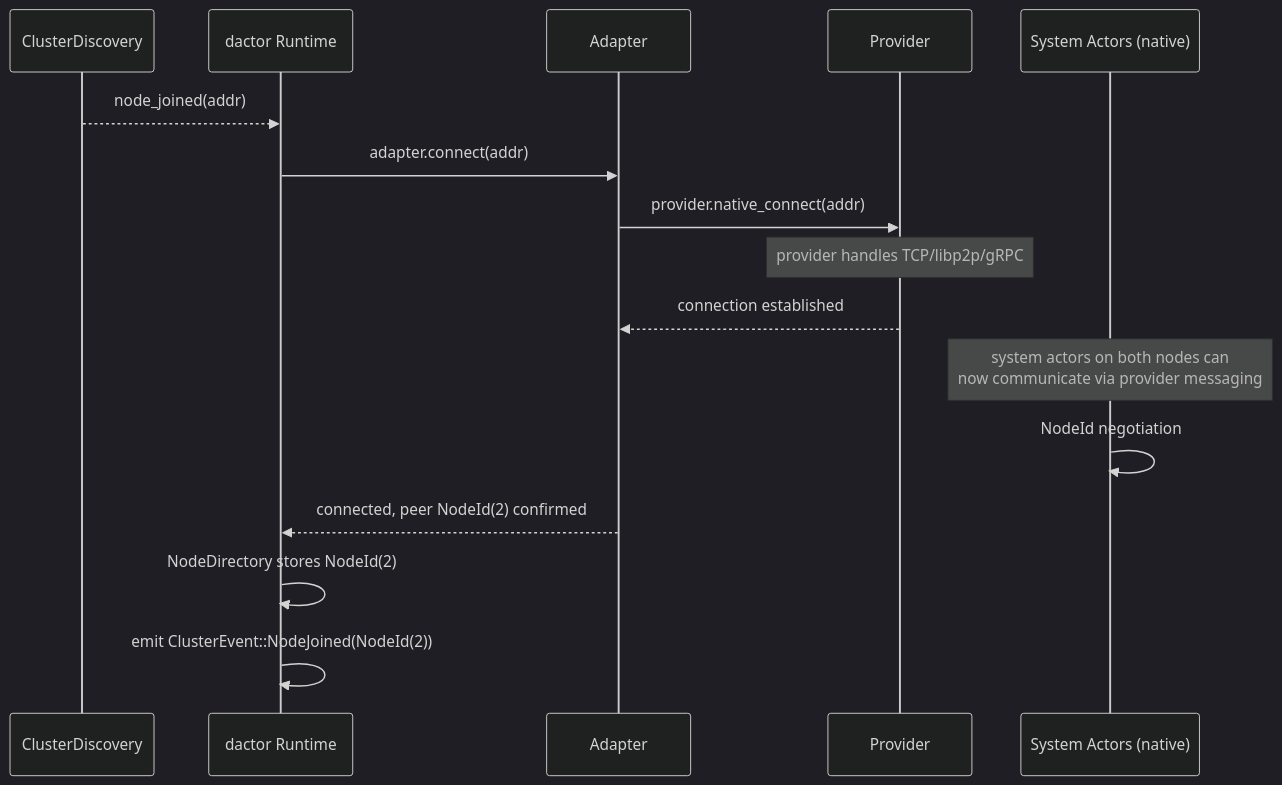
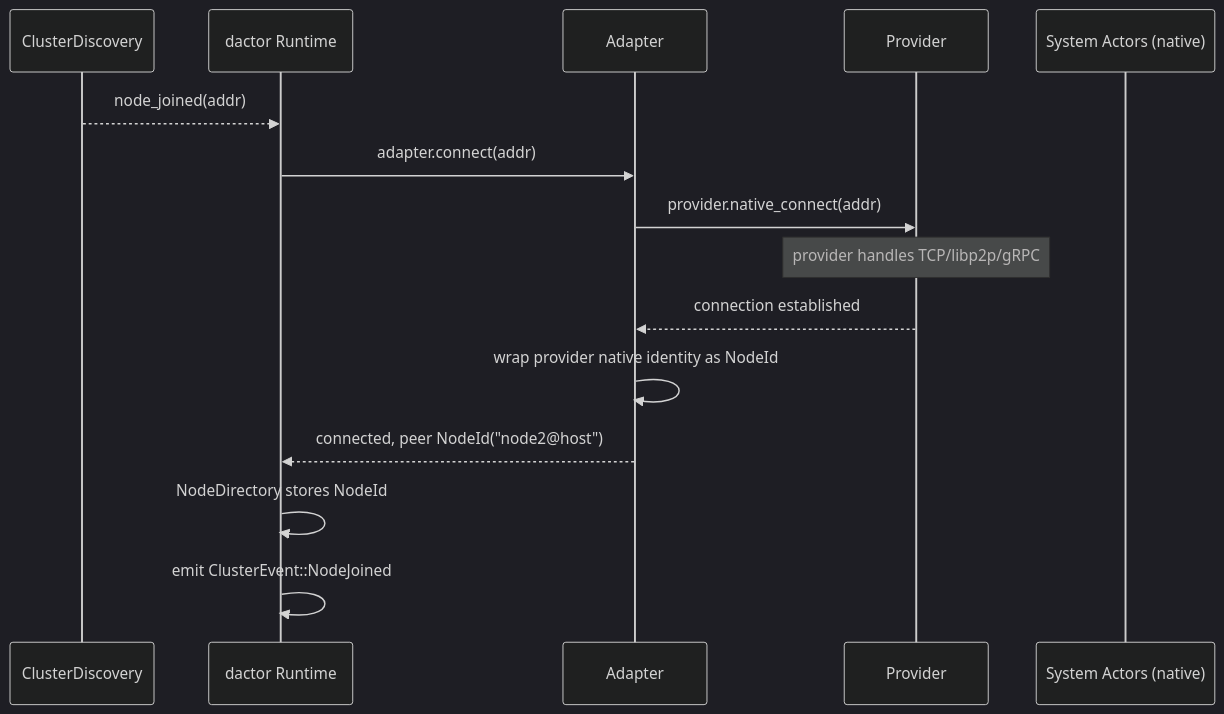
One commit to Yaming-Hub/dactor changed diagram 27 of 31 in docs/design-v0.2.md. Above: the diagram before and after it, drawn with Mermaid (dark theme). The commit also changed other lines of this file, not shown here.

Commit message:
docs: NodeId wraps provider native identity as String, no negotiation

````diff
--- a/docs/design-v0.2.md
+++ b/docs/design-v0.2.md
@@ -4866,22 +4849,21 @@
 ```mermaid
 sequenceDiagram
     participant CD as ClusterDiscovery
     participant R as dactor Runtime
     participant A as Adapter
     participant P as Provider
     participant SA as System Actors (native)
 
     CD-->>R: node_joined(addr)
     R->>A: adapter.connect(addr)
     A->>P: provider.native_connect(addr)
     Note over P: provider handles TCP/libp2p/gRPC
 
     P-->>A: connection established
-    Note over SA: system actors on both nodes can<br/>now communicate via provider messaging
 
-    SA->>SA: NodeId negotiation
-    A-->>R: connected, peer NodeId(2) confirmed
+    A->>A: wrap provider native identity as NodeId
+    A-->>R: connected, peer NodeId("node2@host")
 
-    R->>R: NodeDirectory stores NodeId(2)
-    R->>R: emit ClusterEvent::NodeJoined(NodeId(2))
+    R->>R: NodeDirectory stores NodeId
+    R->>R: emit ClusterEvent::NodeJoined
 ```
````
